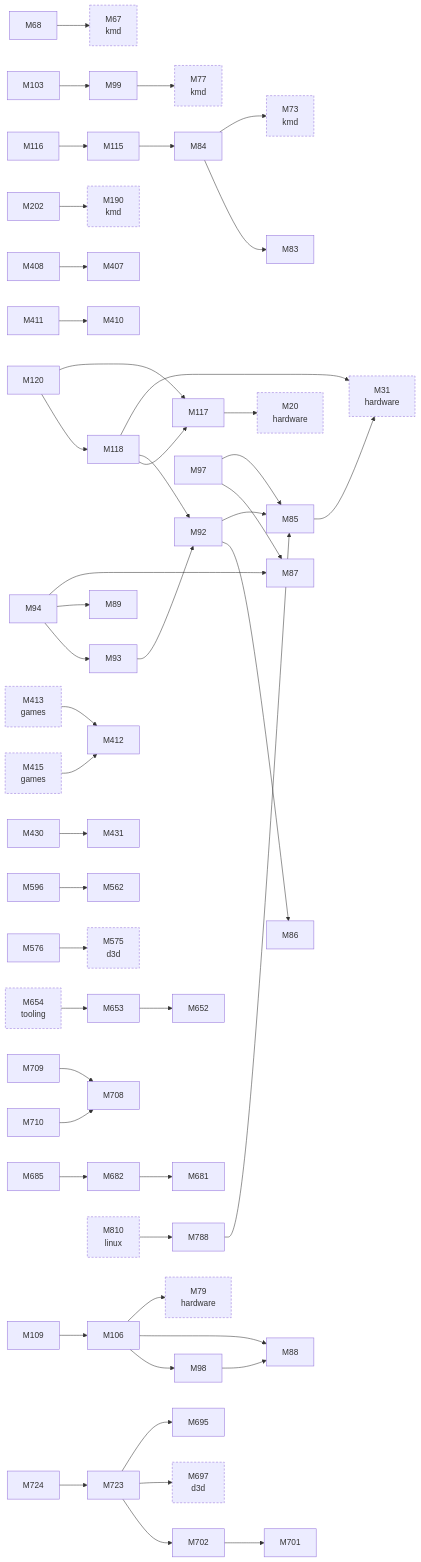
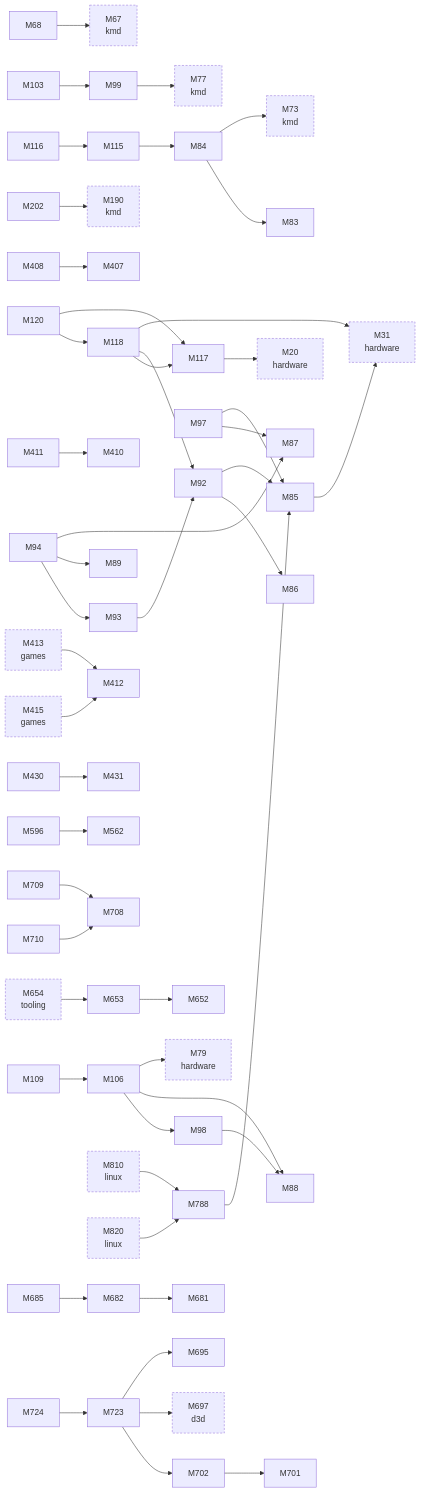
One commit to D-Ogi/amdgpu-wddm changed the second of 3 diagrams in docs/facts/graphs/display.md. Above: the diagram before and after it, drawn with Mermaid. The commit also changed 73 other files, not shown here.

````diff
--- a/docs/facts/graphs/display.md
+++ b/docs/facts/graphs/display.md
@@ -76,8 +76,6 @@
   M430["M430"]
   M431["M431"]
   M562["M562"]
-  M575["M575<br/>d3d"]
-  M576["M576"]
   M596["M596"]
   M652["M652"]
   M653["M653"]
@@ -96,6 +94,7 @@
   M724["M724"]
   M788["M788"]
   M810["M810<br/>linux"]
+  M820["M820<br/>linux"]
   M68 --> M67
   M84 --> M73
   M84 --> M83
@@ -127,7 +126,6 @@
   M408 --> M407
   M411 --> M410
   M430 --> M431
-  M576 --> M575
   M596 --> M562
   M653 --> M652
   M682 --> M681
@@ -143,7 +141,8 @@
   M413 --> M412
   M415 --> M412
   M810 --> M788
+  M820 --> M788
   M654 --> M653
   classDef other stroke-dasharray:4 3
-  class M20,M31,M67,M73,M77,M79,M190,M413,M415,M575,M654,M697,M810 other
+  class M20,M31,M67,M73,M77,M79,M190,M413,M415,M654,M697,M810,M820 other
 ```
````
